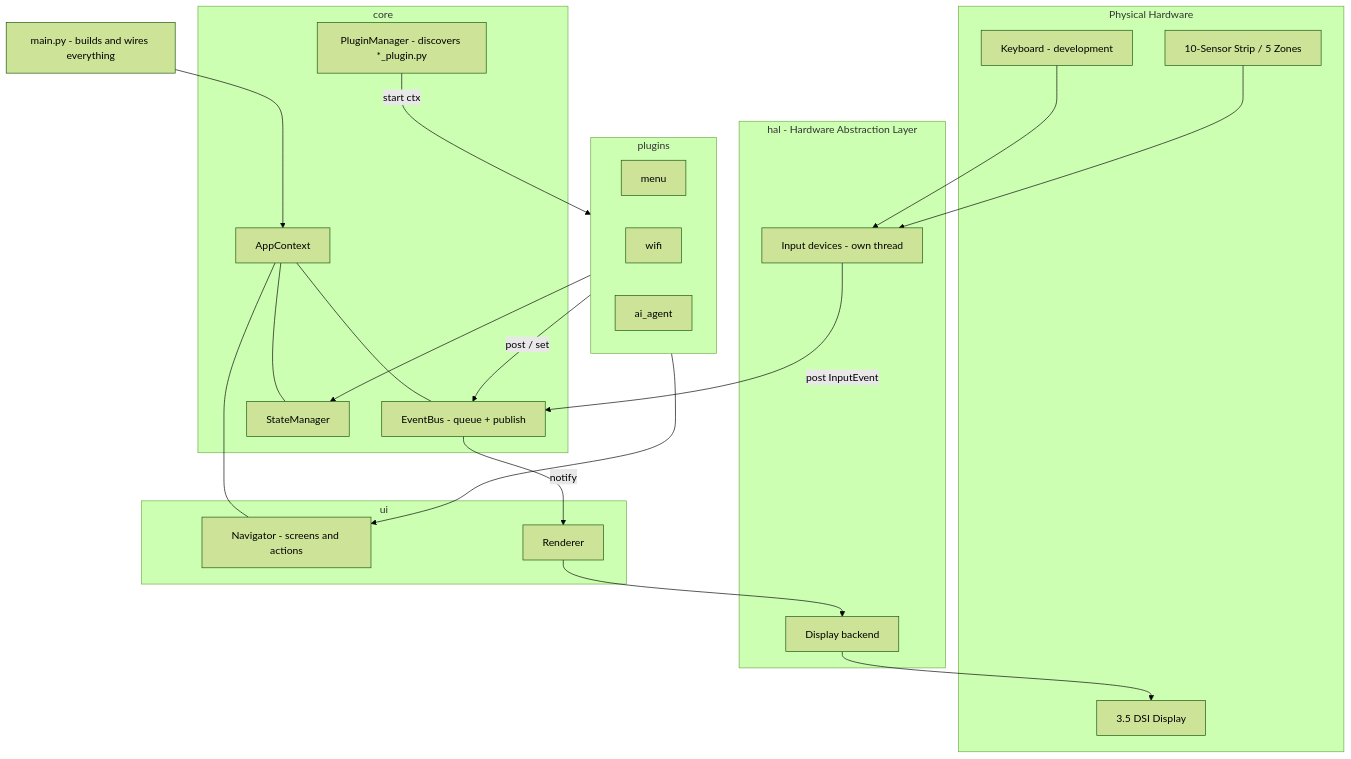
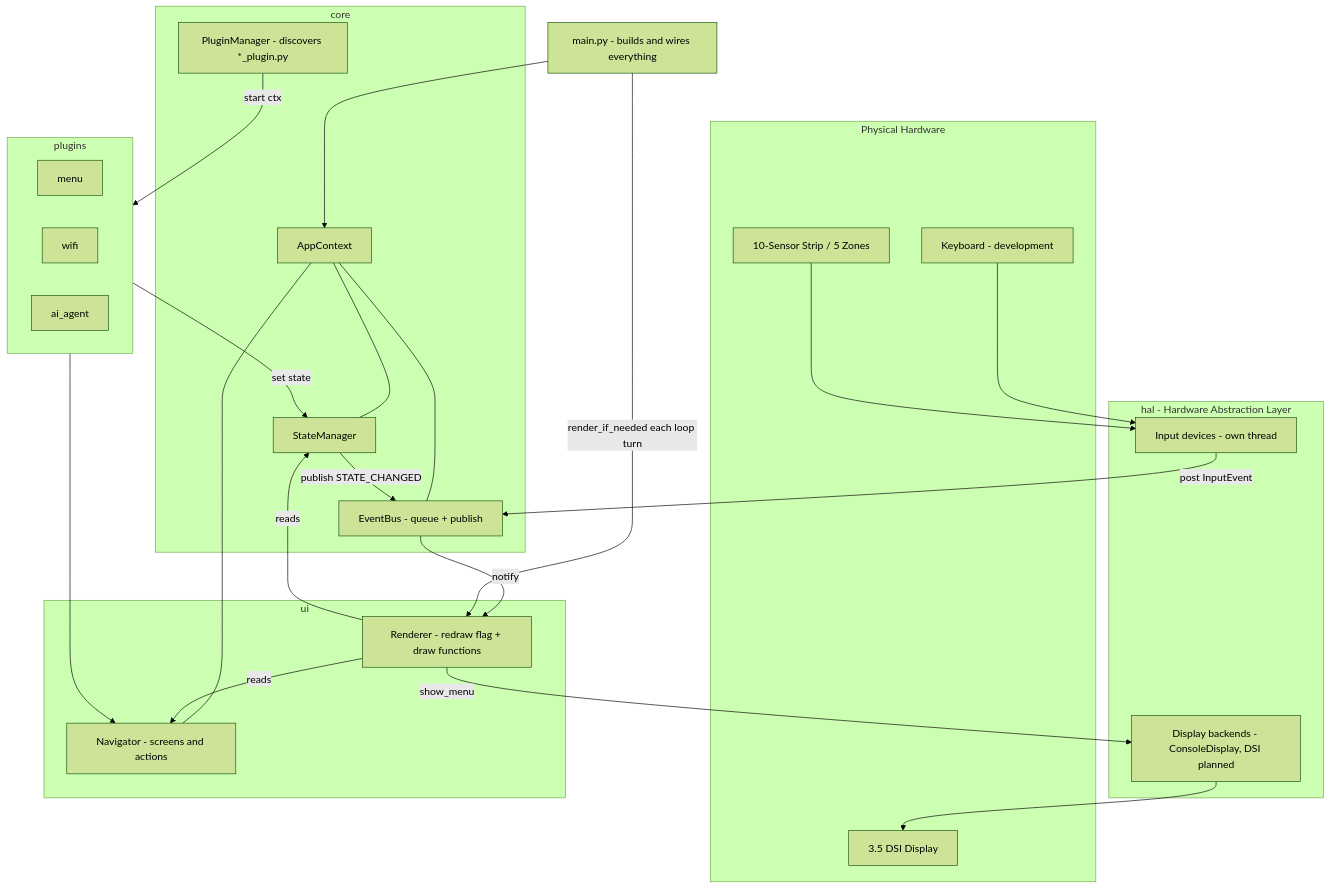
One commit to A-Dann/Antonino-TuttoFare_PI3bplus changed the first of 2 diagrams in docs/architecture.md. Above: the diagram before and after it, drawn with Mermaid (forest theme). The commit also changed other lines of this file, not shown here.

First line of the commit message:
Update architecture docs for state-driven rendering

````diff
--- a/docs/architecture.md
+++ b/docs/architecture.md
@@ -8,48 +10,51 @@
 ```mermaid
 graph TD
     subgraph Hardware [Physical Hardware]
         Display[3.5 DSI Display]
         Strip[10-Sensor Strip / 5 Zones]
         Keyboard[Keyboard - development]
     end
 
     subgraph HAL [hal - Hardware Abstraction Layer]
         InputDevice[Input devices - own thread]
-        HalDisplay[Display backend]
+        HalDisplay[Display backends - ConsoleDisplay, DSI planned]
     end
 
     subgraph Core [core]
         EventBus[EventBus - queue + publish]
         StateMgr[StateManager]
         PluginMgr[PluginManager - discovers *_plugin.py]
         Context[AppContext]
     end
 
     subgraph UI [ui]
         Navigator[Navigator - screens and actions]
-        Renderer[Renderer]
+        Renderer[Renderer - redraw flag + draw functions]
     end
 
     subgraph Plugins [plugins]
         Menu[menu]
         Wifi[wifi]
         AiAgent[ai_agent]
     end
 
     Main[main.py - builds and wires everything]
 
     Keyboard --> InputDevice
     Strip --> InputDevice
     InputDevice -->|post InputEvent| EventBus
     Main --> Context
     Context --- EventBus
     Context --- StateMgr
     Context --- Navigator
     PluginMgr -->|start ctx| Plugins
-    Plugins -->|post / set| EventBus
-    Plugins --> StateMgr
+    Plugins -->|set state| StateMgr
     Plugins --> Navigator
+    StateMgr -->|publish STATE_CHANGED| EventBus
     EventBus -->|notify| Renderer
-    Renderer --> HalDisplay
+    Renderer -->|reads| StateMgr
+    Renderer -->|reads| Navigator
+    Main -->|render_if_needed each loop turn| Renderer
+    Renderer -->|show_menu| HalDisplay
     HalDisplay --> Display
 ```
````
